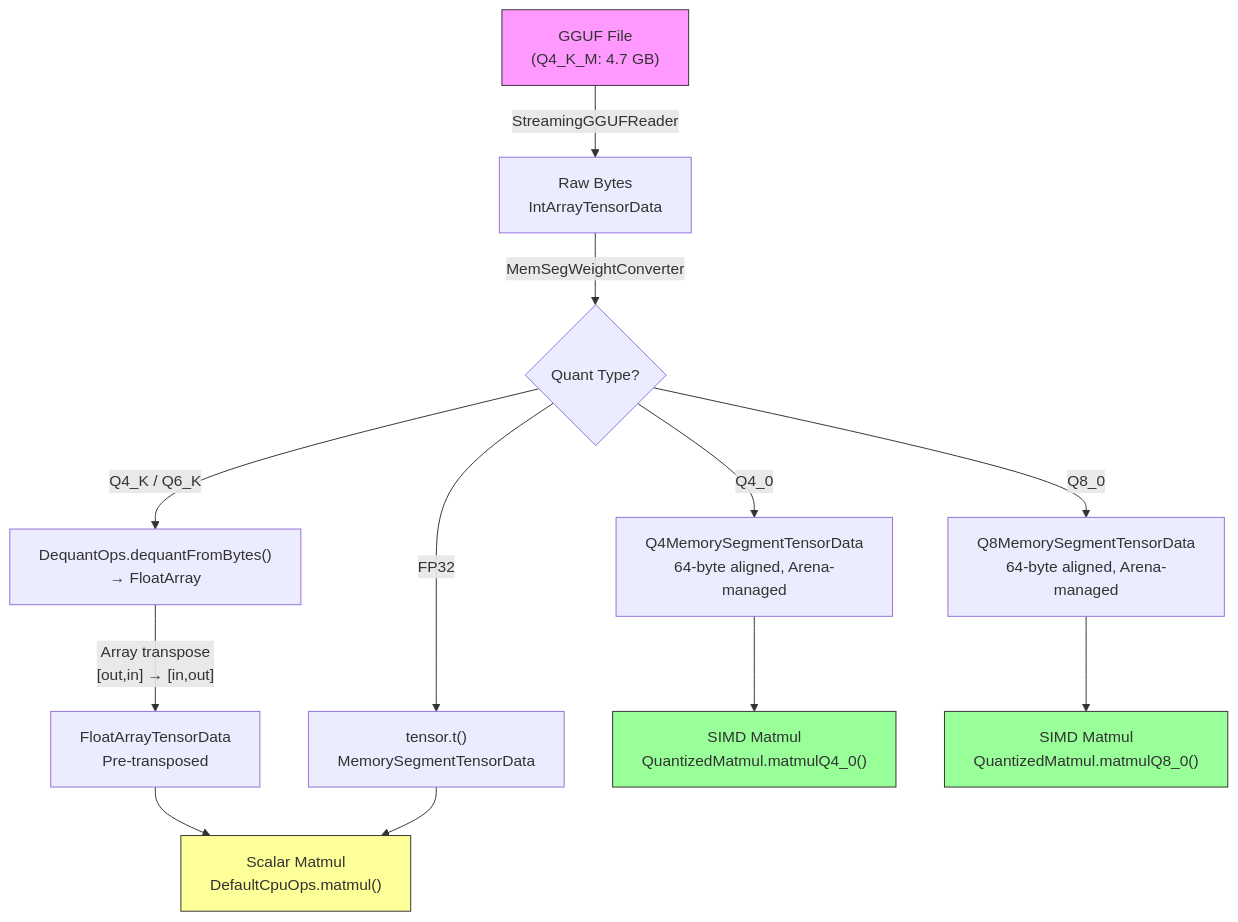
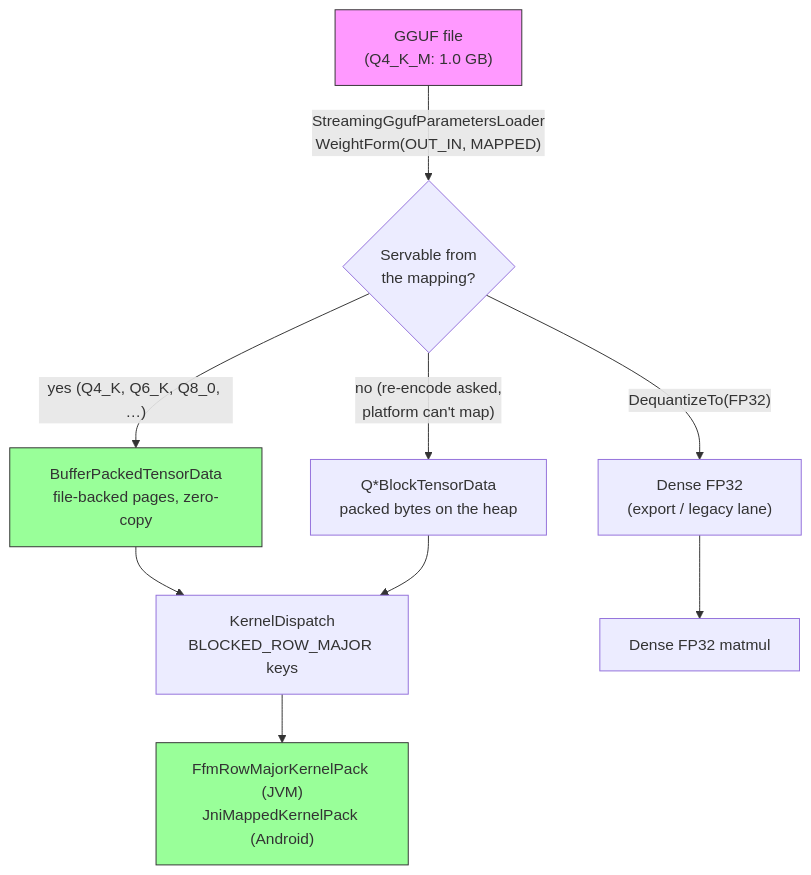
The diagram in docs/modules/ROOT/pages/explanation/weight-quantization.adoc (SKaiNET-developers/SKaiNET-transformers), drawn with Mermaid before and after one commit. The commit also changed other lines of this file and 4 other files, not shown here.

```diff
--- a/docs/modules/ROOT/pages/explanation/weight-quantization.adoc
+++ b/docs/modules/ROOT/pages/explanation/weight-quantization.adoc
@@ -9,20 +15,16 @@
 [mermaid]
 ....
 graph TD
-    A["GGUF File<br/>(Q4_K_M: 4.7 GB)"] -->|StreamingGGUFReader| B["Raw Bytes<br/>IntArrayTensorData"]
-    B -->|MemSegWeightConverter| C{Quant Type?}
-    C -->|Q4_0| D["Q4MemorySegmentTensorData<br/>64-byte aligned, Arena-managed"]
-    C -->|Q8_0| E["Q8MemorySegmentTensorData<br/>64-byte aligned, Arena-managed"]
-    C -->|Q4_K / Q6_K| F["DequantOps.dequantFromBytes()<br/>→ FloatArray"]
-    C -->|FP32| G["tensor.t()<br/>MemorySegmentTensorData"]
-    F -->|"Array transpose<br/>[out,in] → [in,out]"| H["FloatArrayTensorData<br/>Pre-transposed"]
-    D --> I["SIMD Matmul<br/>QuantizedMatmul.matmulQ4_0()"]
-    E --> J["SIMD Matmul<br/>QuantizedMatmul.matmulQ8_0()"]
-    H --> K["Scalar Matmul<br/>DefaultCpuOps.matmul()"]
-    G --> K
+    A["GGUF file<br/>(Q4_K_M: 1.0 GB)"] -->|"StreamingGgufParametersLoader<br/>WeightForm(OUT_IN, MAPPED)"| B{Servable from<br/>the mapping?}
+    B -->|"yes (Q4_K, Q6_K, Q8_0, …)"| C["BufferPackedTensorData<br/>file-backed pages, zero-copy"]
+    B -->|"no (re-encode asked,<br/>platform can't map)"| D["Q*BlockTensorData<br/>packed bytes on the heap"]
+    B -->|"DequantizeTo(FP32)"| E["Dense FP32<br/>(export / legacy lane)"]
+    C --> F["KernelDispatch<br/>BLOCKED_ROW_MAJOR keys"]
+    D --> F
+    F --> G["FfmRowMajorKernelPack (JVM)<br/>JniMappedKernelPack (Android)"]
+    E --> H["Dense FP32 matmul"]
 
     style A fill:#f9f,stroke:#333
-    style I fill:#9f9,stroke:#333
-    style J fill:#9f9,stroke:#333
-    style K fill:#ff9,stroke:#333
+    style C fill:#9f9,stroke:#333
+    style G fill:#9f9,stroke:#333
 ....
```
